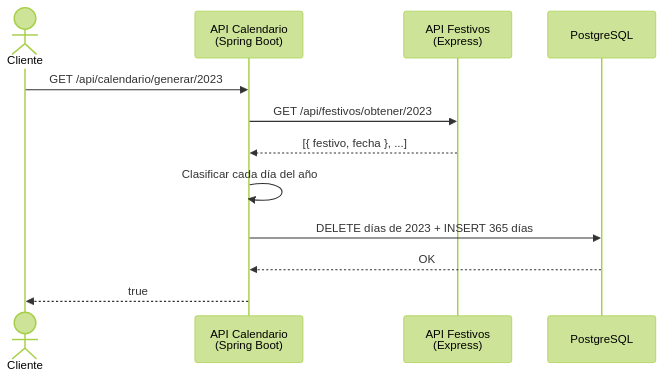
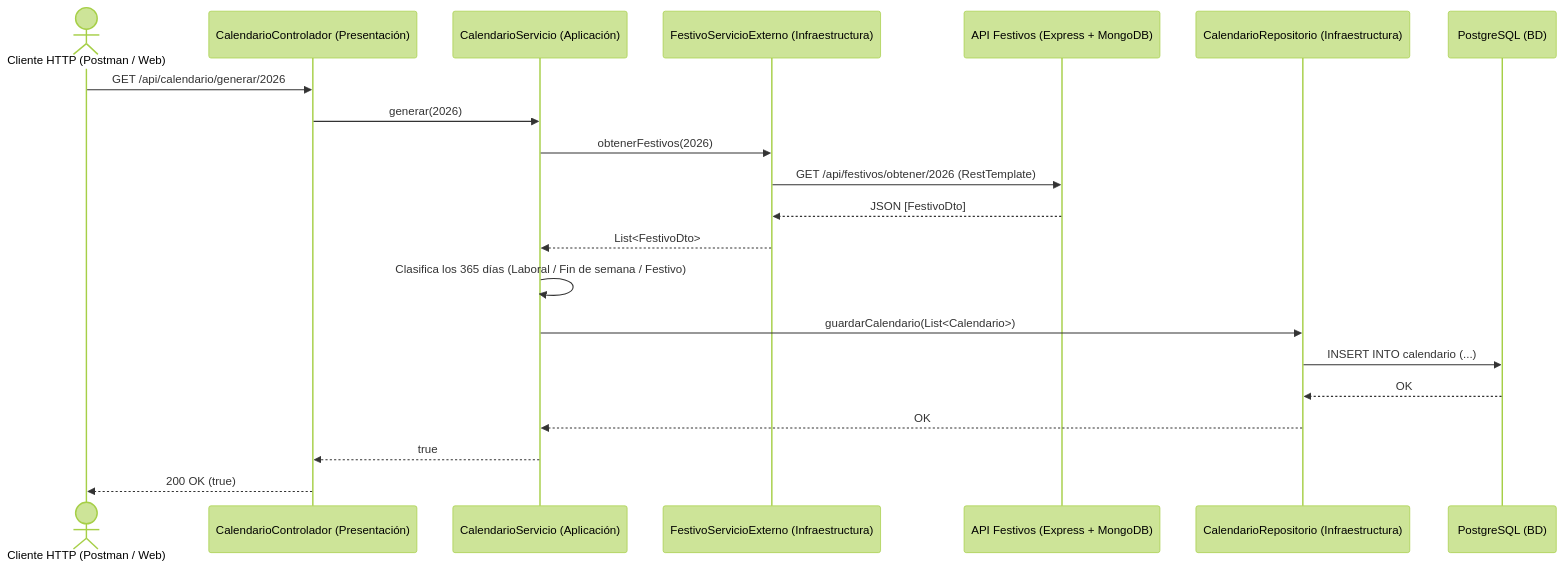
The second of 2 diagrams in diagrama-arquitectura-calendario.md (CamiloO15H/arquitectura-api-festivos), drawn with Mermaid (forest theme) before and after one commit. The commit also changed other lines of this file and 2 other files, not shown here.

Commit message:
docs: migrar arquitectura de calendario a esquema cebolla (onion) segun clase del 1 de octubre

````diff
--- a/diagrama-arquitectura-calendario.md
+++ b/diagrama-arquitectura-calendario.md
@@ -135,15 +135,24 @@
 ```mermaid
 sequenceDiagram
-    actor Cliente
-    participant Cal as API Calendario<br/>(Spring Boot)
-    participant Fes as API Festivos<br/>(Express)
-    participant PG as PostgreSQL
+    actor Cliente as Cliente HTTP (Postman / Web)
+    participant Ctrl as CalendarioControlador (Presentación)
+    participant Srv as CalendarioServicio (Aplicación)
+    participant Ext as FestivoServicioExterno (Infraestructura)
+    participant API as API Festivos (Express + MongoDB)
+    participant Repo as CalendarioRepositorio (Infraestructura)
+    participant DB as PostgreSQL (BD)
 
-    Cliente->>Cal: GET /api/calendario/generar/2023
-    Cal->>Fes: GET /api/festivos/obtener/2023
-    Fes-->>Cal: [{ festivo, fecha }, ...]
-    Cal->>Cal: Clasificar cada día del año
-    Cal->>PG: DELETE días de 2023 + INSERT 365 días
-    PG-->>Cal: OK
-    Cal-->>Cliente: true
+    Cliente->>Ctrl: GET /api/calendario/generar/2026
+    Ctrl->>Srv: generar(2026)
+    Srv->>Ext: obtenerFestivos(2026)
+    Ext->>API: GET /api/festivos/obtener/2026 (RestTemplate)
+    API-->>Ext: JSON [FestivoDto]
+    Ext-->>Srv: List<FestivoDto>
+    Srv->>Srv: Clasifica los 365 días (Laboral / Fin de semana / Festivo)
+    Srv->>Repo: guardarCalendario(List<Calendario>)
+    Repo->>DB: INSERT INTO calendario (...)
+    DB-->>Repo: OK
+    Repo-->>Srv: OK
+    Srv-->>Ctrl: true
+    Ctrl-->>Cliente: 200 OK (true)
 ```
````
